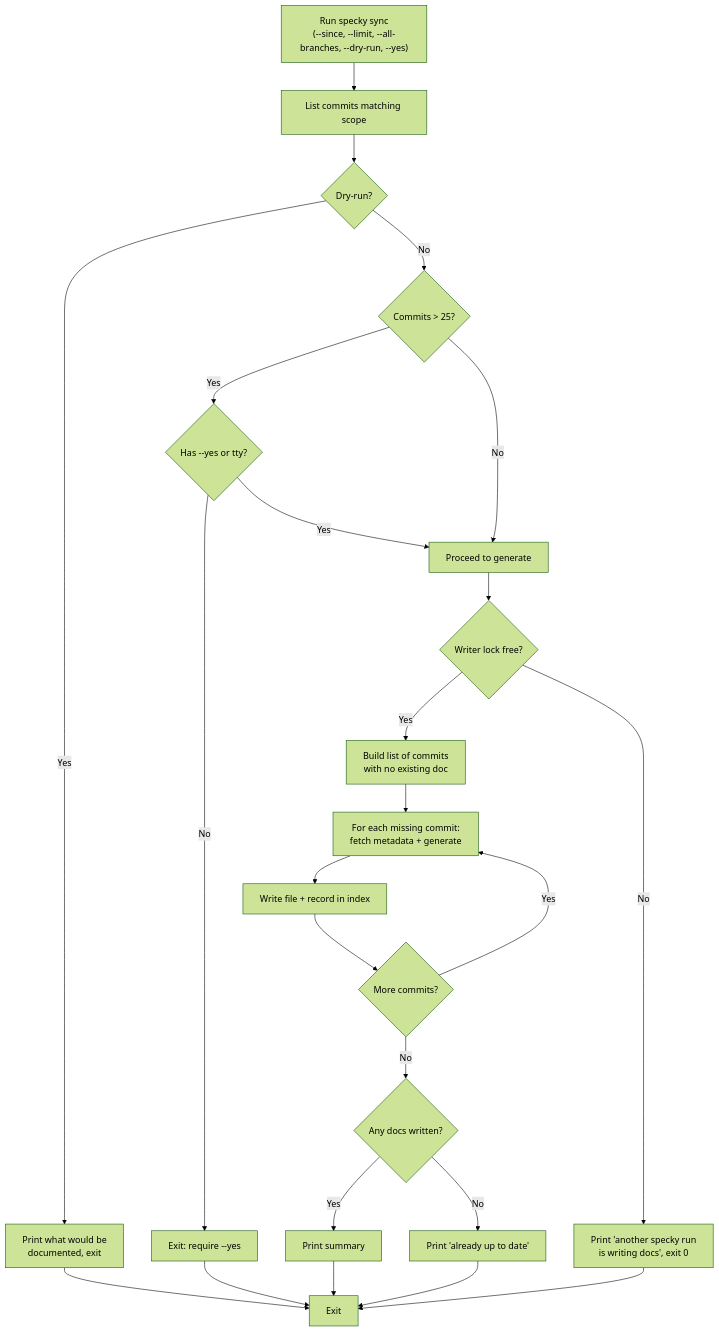
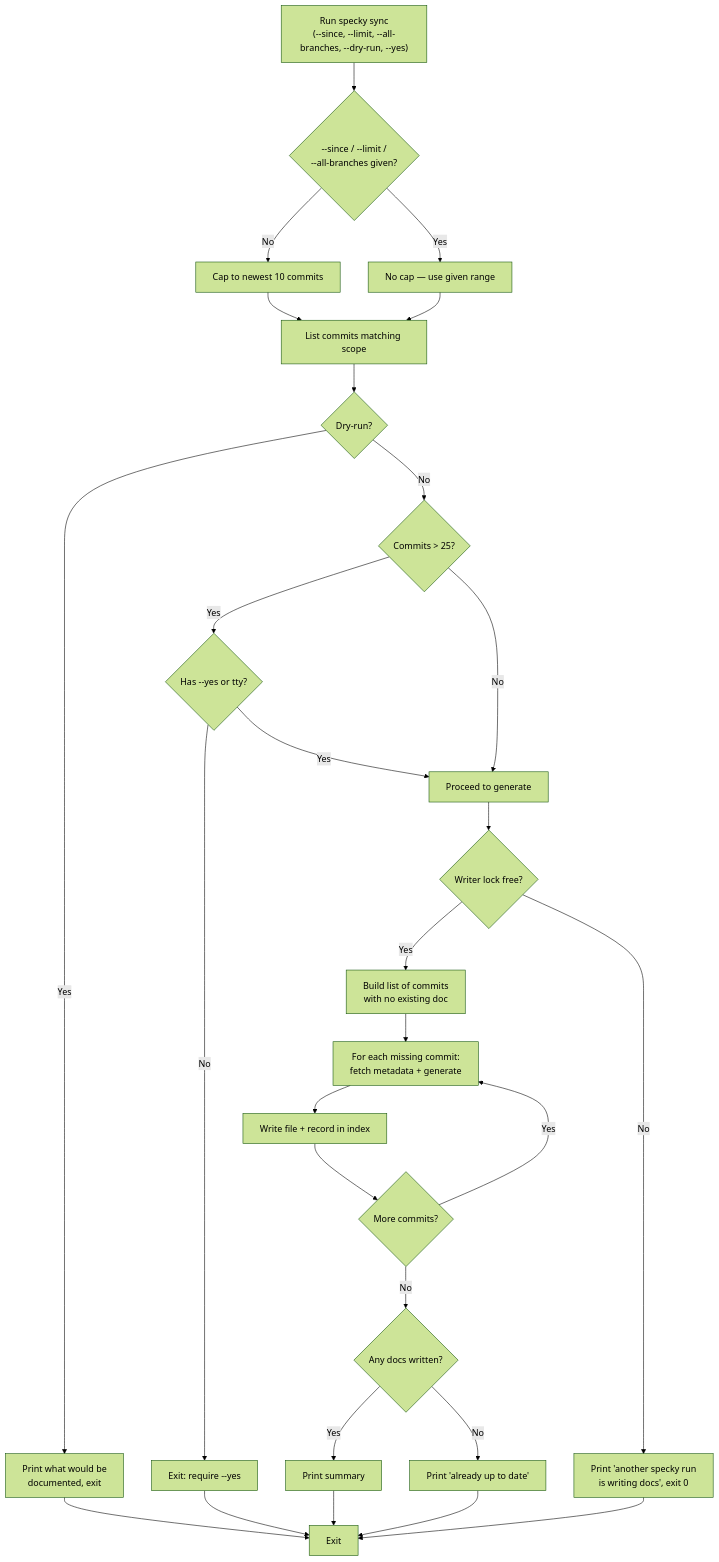
The diagram in specs/cli/sync.md (danyyacoub/specky), drawn with Mermaid (forest theme) before and after one commit. The commit also changed other lines of this file, not shown here.

First line of the commit message:
docs: reconcile specs/cli/sync.md with the default-depth change

````diff
--- a/specs/cli/sync.md
+++ b/specs/cli/sync.md
@@ -27,26 +29,30 @@
 ```mermaid
 flowchart TD
-    A["Run specky sync<br/>(--since, --limit, --all-branches, --dry-run, --yes)"] --> B["List commits matching scope"]
+    A["Run specky sync<br/>(--since, --limit, --all-branches, --dry-run, --yes)"] --> Z{"--since / --limit /<br/>--all-branches given?"}
+    Z -->|No| B0["Cap to newest 10 commits"]
+    Z -->|Yes| B1["No cap — use given range"]
+    B0 --> B["List commits matching scope"]
+    B1 --> B
     B --> C{"Dry-run?"}
     C -->|Yes| D["Print what would be<br/>documented, exit"]
     C -->|No| E{"Commits > 25?"}
     E -->|Yes| F{"Has --yes or tty?"}
     F -->|No| G["Exit: require --yes"]
     F -->|Yes| H["Proceed to generate"]
     E -->|No| H
     H --> Q{"Writer lock free?"}
     Q -->|No| R["Print 'another specky run<br/>is writing docs', exit 0"]
     Q -->|Yes| I["Build list of commits<br/>with no existing doc"]
     I --> J["For each missing commit:<br/>fetch metadata + generate"]
     J --> K["Write file + record in index"]
     K --> L{"More commits?"}
     L -->|Yes| J
     L -->|No| M{"Any docs written?"}
     M -->|Yes| N["Print summary"]
     M -->|No| O["Print 'already up to date'"]
     D --> P["Exit"]
     G --> P
     N --> P
     O --> P
     R --> P
 ```
````
